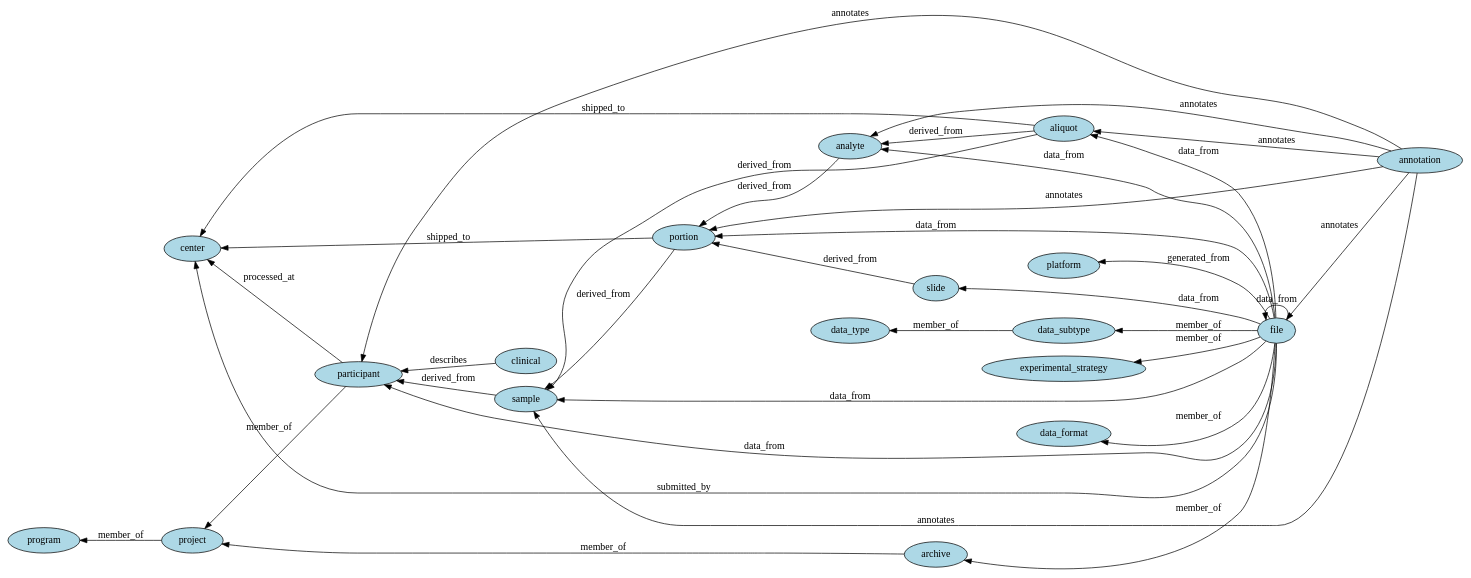
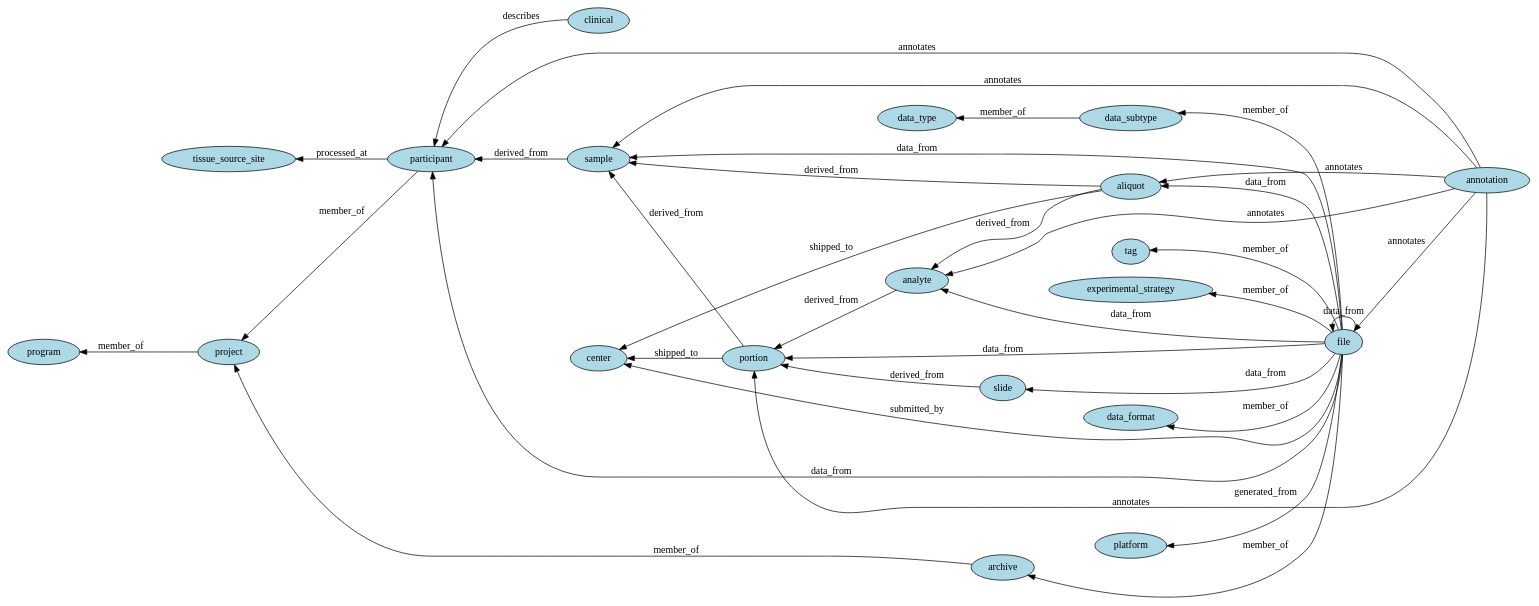
Before and after one commit to NCI-GDC/gdcdatamodel: the diagram in docs/viz/gdc_data_model.gv, drawn with Graphviz. The commit also changed 5 other files, not shown here.

```diff
--- a/docs/viz/gdc_data_model.gv
+++ b/docs/viz/gdc_data_model.gv
@@ -1,56 +1,59 @@
 // High level graph representation of GDC data model
 digraph {
 	graph [rankdir=RL]
 	node [fillcolor=lightblue style=filled]
 		aliquot [label=aliquot]
 		analyte [label=analyte]
 		portion [label=portion]
 		sample [label=sample]
 		participant [label=participant]
 		project [label=project]
 		program [label=program]
 		center [label=center]
 		platform [label=platform]
 		data_type [label=data_type]
 		data_subtype [label=data_subtype]
+		tag [label=tag]
 		experimental_strategy [label=experimental_strategy]
 		data_format [label=data_format]
 		file [label=file]
 		archive [label=archive]
 		annotation [label=annotation]
 		clinical [label=clinical]
 		slide [label=slide]
+		tissue_source_site [label=tissue_source_site]
 			aliquot -> analyte [label=derived_from]
 			aliquot -> sample [label=derived_from]
 			analyte -> portion [label=derived_from]
 			portion -> sample [label=derived_from]
 			sample -> participant [label=derived_from]
 			slide -> portion [label=derived_from]
 			participant -> project [label=member_of]
 			project -> program [label=member_of]
 			archive -> project [label=member_of]
 			file -> archive [label=member_of]
 			file -> experimental_strategy [label=member_of]
 			file -> data_subtype [label=member_of]
 			file -> data_format [label=member_of]
+			file -> tag [label=member_of]
 			data_subtype -> data_type [label=member_of]
-			participant -> center [label=processed_at]
+			participant -> tissue_source_site [label=processed_at]
 			file -> platform [label=generated_from]
 			file -> aliquot [label=data_from]
 			file -> analyte [label=data_from]
 			file -> portion [label=data_from]
 			file -> sample [label=data_from]
 			file -> participant [label=data_from]
 			file -> slide [label=data_from]
 			file -> file [label=data_from]
 			clinical -> participant [label=describes]
 			annotation -> participant [label=annotates]
 			annotation -> sample [label=annotates]
 			annotation -> portion [label=annotates]
 			annotation -> analyte [label=annotates]
 			annotation -> aliquot [label=annotates]
 			annotation -> file [label=annotates]
 			aliquot -> center [label=shipped_to]
 			portion -> center [label=shipped_to]
 			file -> center [label=submitted_by]
 }
```
